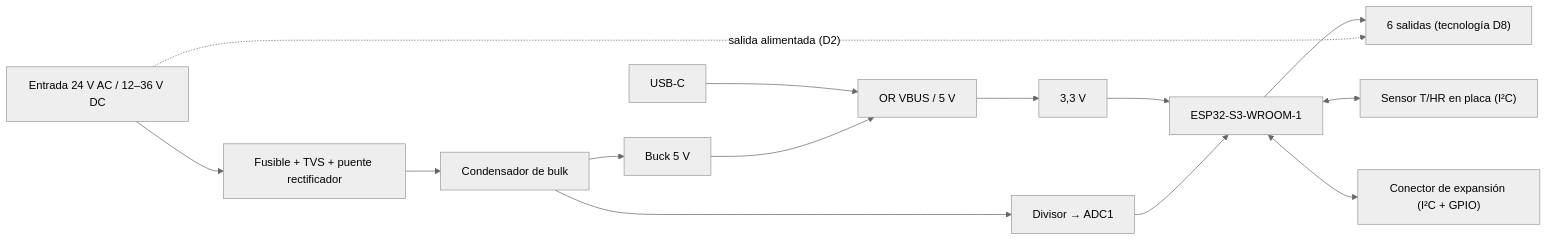
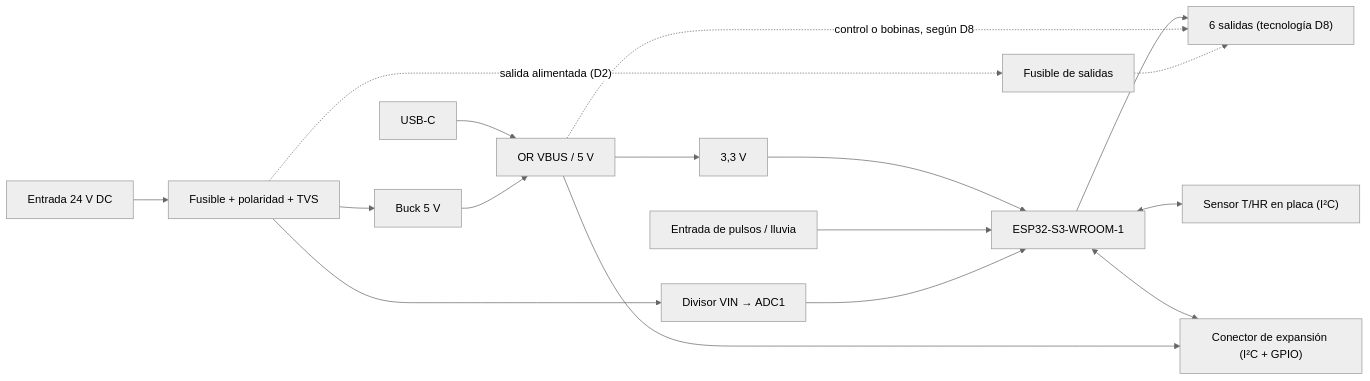
One commit to JoanSanbartolome/ESP-Riego changed the diagram in docs/02-especificaciones-v2.md. Above: the diagram before and after it, drawn with Mermaid (neutral theme). The commit also changed other lines of this file and 11 other files, not shown here.

````diff
--- a/docs/02-especificaciones-v2.md
+++ b/docs/02-especificaciones-v2.md
@@ -40,16 +40,19 @@
 ```mermaid
 flowchart LR
-    VIN["Entrada 24 V AC / 12–36 V DC"] --> PROT["Fusible + TVS + puente rectificador"]
-    PROT --> BULK["Condensador de bulk"]
-    BULK --> BUCK["Buck 5 V"]
+    VIN["Entrada 24 V DC"] --> PROT["Fusible + polaridad + TVS"]
+    PROT --> BUCK["Buck 5 V"]
     USB["USB-C"] --> OR["OR VBUS / 5 V"]
     BUCK --> OR
     OR --> LDO["3,3 V"]
     LDO --> MCU["ESP32-S3-WROOM-1"]
     MCU --> OUT["6 salidas (tecnología D8)"]
-    VIN -. "salida alimentada (D2)" .-> OUT
+    OR -. "control o bobinas, según D8" .-> OUT
+    PROT -. "salida alimentada (D2)" .-> FOUT["Fusible de salidas"]
+    FOUT -.-> OUT
     MCU <--> TH["Sensor T/HR en placa (I²C)"]
     MCU <--> EXP["Conector de expansión (I²C + GPIO)"]
-    BULK --> VMON["Divisor → ADC1"]
+    OR --> EXP
+    PULSOS["Entrada de pulsos / lluvia"] --> MCU
+    PROT --> VMON["Divisor VIN → ADC1"]
     VMON --> MCU
 ```
````
